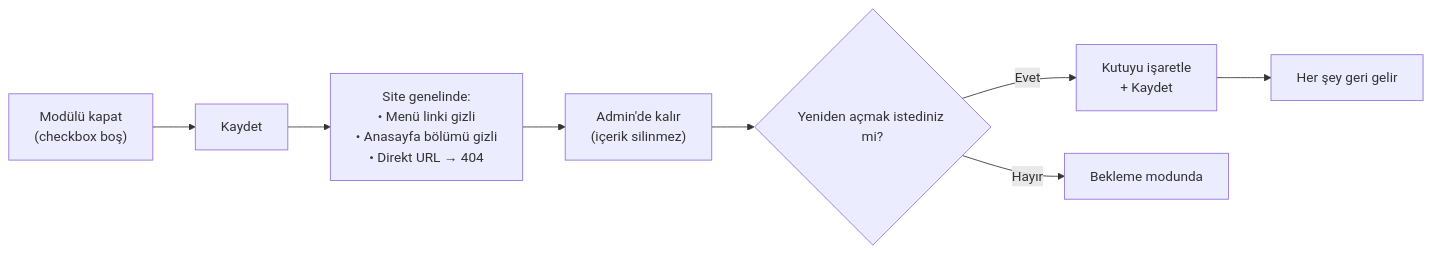
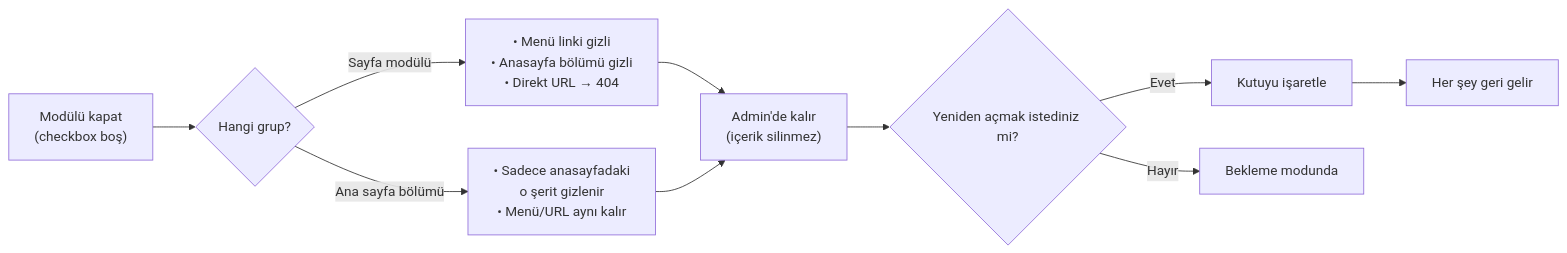
The second of 2 diagrams in admin/yardim/site-ayarlari/moduller.md (cemililik/Ferizli-lkadim-Akademi), drawn with Mermaid before and after one commit. The commit also changed other lines of this file and 10 other files, not shown here.

````diff
--- a/admin/yardim/site-ayarlari/moduller.md
+++ b/admin/yardim/site-ayarlari/moduller.md
@@ -68,10 +123,12 @@
 ```mermaid
 flowchart LR
-  A["Modülü kapat<br/>(checkbox boş)"] --> B["Kaydet"]
-  B --> C["Site genelinde:<br/>• Menü linki gizli<br/>• Anasayfa bölümü gizli<br/>• Direkt URL → 404"]
+  A["Modülü kapat<br/>(checkbox boş)"] --> T{"Hangi grup?"}
+  T -->|"Sayfa modülü"| C["• Menü linki gizli<br/>• Anasayfa bölümü gizli<br/>• Direkt URL → 404"]
+  T -->|"Ana sayfa bölümü"| C2["• Sadece anasayfadaki<br/>o şerit gizlenir<br/>• Menü/URL aynı kalır"]
   C --> D["Admin'de kalır<br/>(içerik silinmez)"]
+  C2 --> D
   D --> E{"Yeniden açmak istediniz mi?"}
-  E -->|"Evet"| F["Kutuyu işaretle<br/>+ Kaydet"]
+  E -->|"Evet"| F["Kutuyu işaretle"]
   E -->|"Hayır"| G["Bekleme modunda"]
   F --> H["Her şey geri gelir"]
 ```
````
